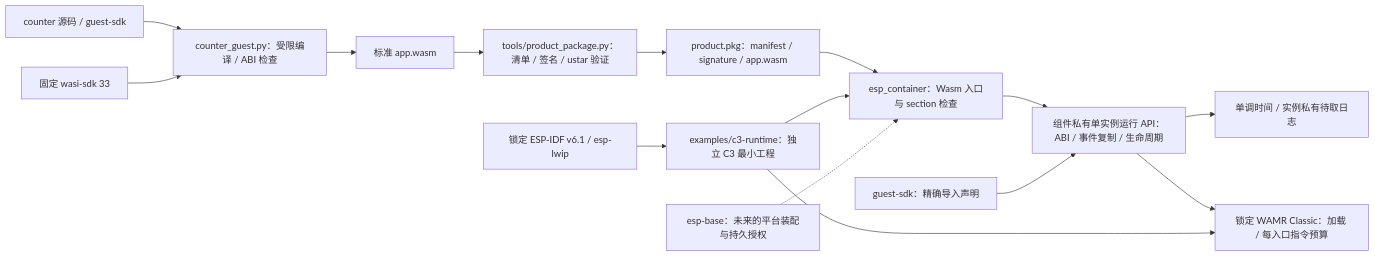
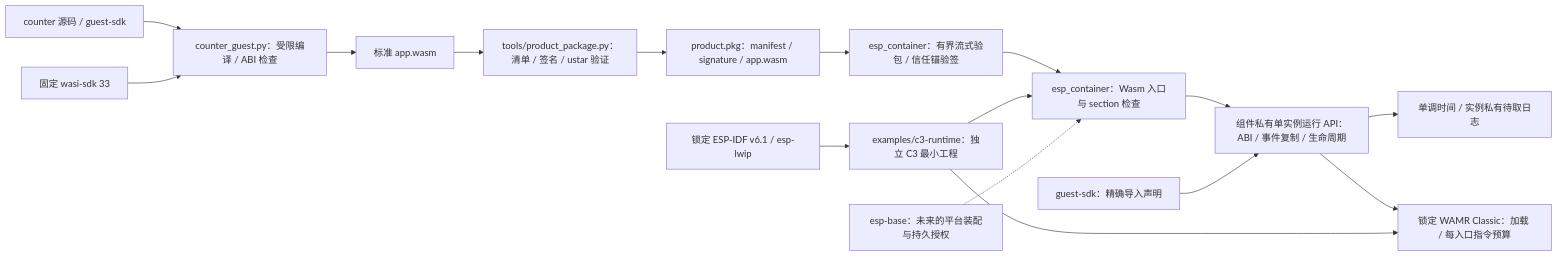
The diagram in README.md (darren-you/esp-container), drawn with Mermaid before and after one commit. The commit also changed other lines of this file and 12 other files, not shown here.

````diff
--- a/README.md
+++ b/README.md
@@ -7,17 +7,18 @@
 ```mermaid
 flowchart LR
     product["counter 源码 / guest-sdk"] --> guest["counter_guest.py：受限编译 / ABI 检查"]
     wasi["固定 wasi-sdk 33"] --> guest
     guest --> wasm["标准 app.wasm"]
     wasm --> tool["tools/product_package.py：清单 / 签名 / ustar 验证"]
     tool --> pkg["product.pkg：manifest / signature / app.wasm"]
-    pkg --> scanner["esp_container：Wasm 入口与 section 检查"]
+    pkg --> verifier["esp_container：有界流式验包 / 信任锚验签"]
+    verifier --> scanner["esp_container：Wasm 入口与 section 检查"]
     scanner --> runtime["组件私有单实例运行 API：ABI / 事件复制 / 生命周期"]
     sdk["guest-sdk：精确导入声明"] --> runtime
     runtime --> host["单调时间 / 实例私有待取日志"]
     runtime --> wamr["锁定 WAMR Classic：加载 / 每入口指令预算"]
     sample["examples/c3-runtime：独立 C3 最小工程"] --> scanner
     sample --> wamr
     idf["锁定 ESP-IDF v6.1 / esp-lwip"] --> sample
     base["esp-base：未来的平台装配与持久授权"] -.-> scanner
 ```
````
